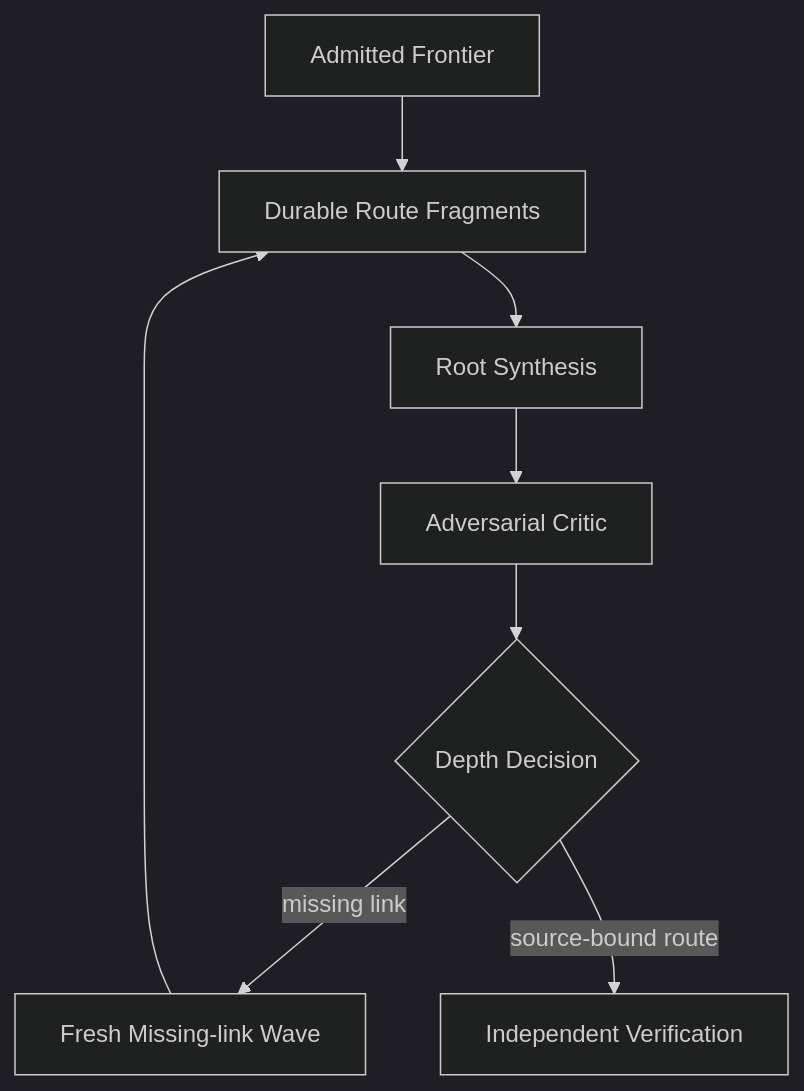
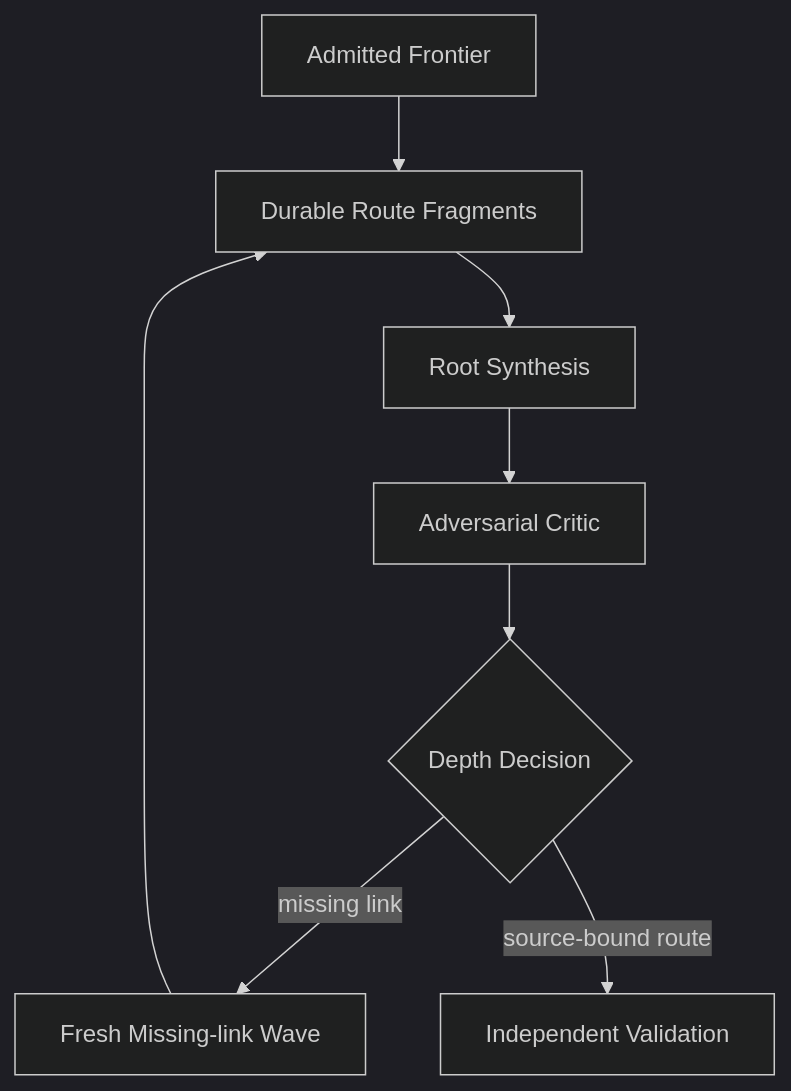
Before and after one commit to momoponwork1415-lgtm/wordpress-harness: the fourth of 8 diagrams in docs/design/roadmap.md, drawn with Mermaid (dark theme). The commit also changed other lines of this file and 25 other files, not shown here.

Commit message:
Define source validation and human verification

````diff
--- a/docs/design/roadmap.md
+++ b/docs/design/roadmap.md
@@ -73,14 +73,14 @@
 ```mermaid
 flowchart TB
     frontier["Admitted Frontier"]
     fragments["Durable Route Fragments"]
     synth["Root Synthesis"]
     critic["Adversarial Critic"]
     next{"Depth Decision"}
     wave["Fresh Missing-link Wave"]
-    verify["Independent Verification"]
+    validate["Independent Validation"]
 
     frontier --> fragments --> synth --> critic --> next
     next -->|"missing link"| wave --> fragments
-    next -->|"source-bound route"| verify
+    next -->|"source-bound route"| validate
 ```
````
